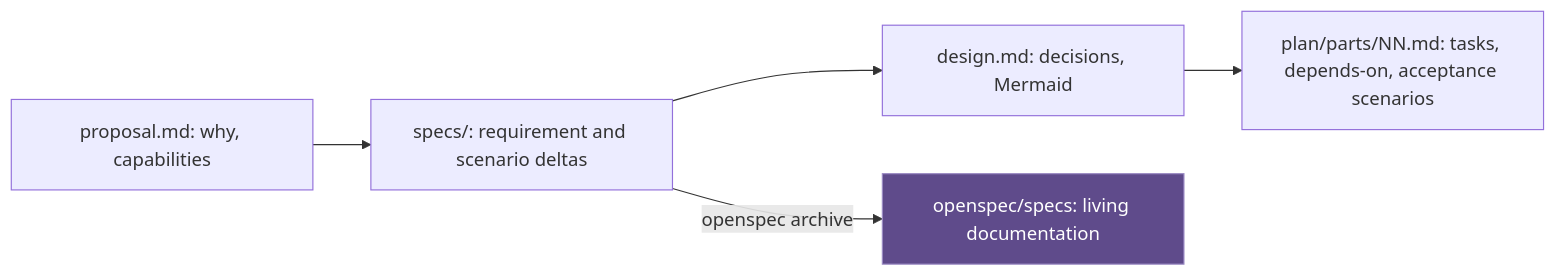
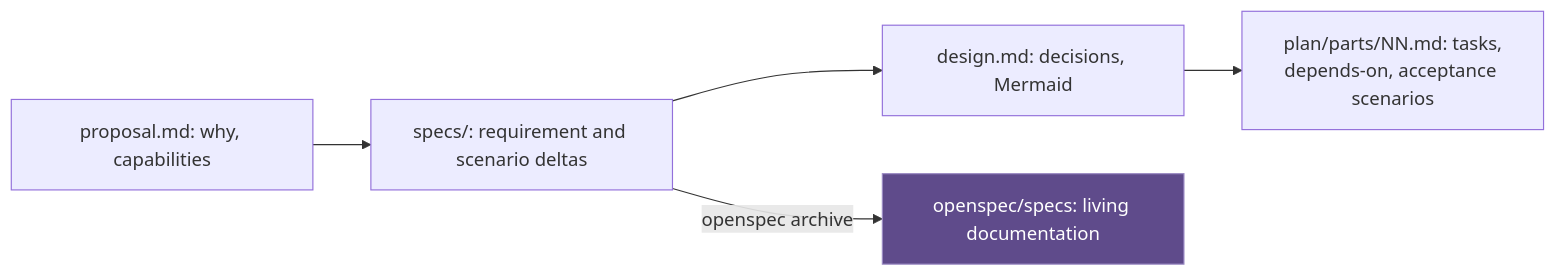
Diagram 11 of 12 in docs/design/2026-10-07-v3-architecture.md (broneq/bdk), drawn with Mermaid before and after one commit. The commit also changed other lines of this file and 11 other files, not shown here.

First line of the commit message:
fix(docs): break flowchart labels only at the author's line breaks

````diff
--- a/docs/design/2026-10-07-v3-architecture.md
+++ b/docs/design/2026-10-07-v3-architecture.md
@@ -424,9 +424,9 @@
 ```mermaid
 flowchart LR
   PR["proposal.md: why, capabilities"] --> SP["specs/: requirement and scenario deltas"]
   SP --> DS["design.md: decisions, Mermaid"]
-  DS --> PL["plan/parts/NN.md: tasks, depends-on, acceptance scenarios"]
+  DS --> PL["plan/parts/NN.md: tasks,<br/>depends-on, acceptance scenarios"]
   SP -->|"openspec archive"| MS["openspec/specs: living documentation"]
   classDef store fill:#5f4b8b,stroke:#9b8bc4,color:#ffffff
   class MS store
 ```
````
